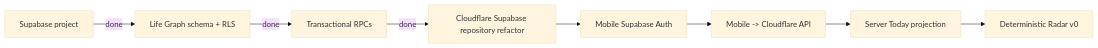
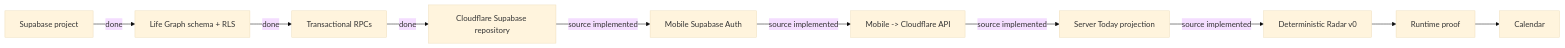
One commit to seq23/aplayer-mode changed the fifth of 5 diagrams in docs/16-BACKEND-FOUNDATION.md. Above: the diagram before and after it, drawn with Mermaid (base theme). The commit also changed other lines of this file and 3 other files, not shown here.

Commit message:
docs: align auth persistence and Supabase Cloudflare architecture

````diff
--- a/docs/16-BACKEND-FOUNDATION.md
+++ b/docs/16-BACKEND-FOUNDATION.md
@@ -185,10 +207,12 @@
 ```mermaid
 flowchart LR
   A[Supabase project] -->|done| B[Life Graph schema + RLS]
   B -->|done| C[Transactional RPCs]
-  C -->|done| D[Cloudflare Supabase repository refactor]
-  D --> E[Mobile Supabase Auth]
-  E --> F[Mobile -> Cloudflare API]
-  F --> G[Server Today projection]
-  G --> H[Deterministic Radar v0]
+  C -->|done| D[Cloudflare Supabase repository]
+  D -->|source implemented| E[Mobile Supabase Auth]
+  E -->|source implemented| F[Mobile -> Cloudflare API]
+  F -->|source implemented| G[Server Today projection]
+  G -->|source implemented| H[Deterministic Radar v0]
+  H --> I[Runtime proof]
+  I --> J[Calendar]
 ```
````
